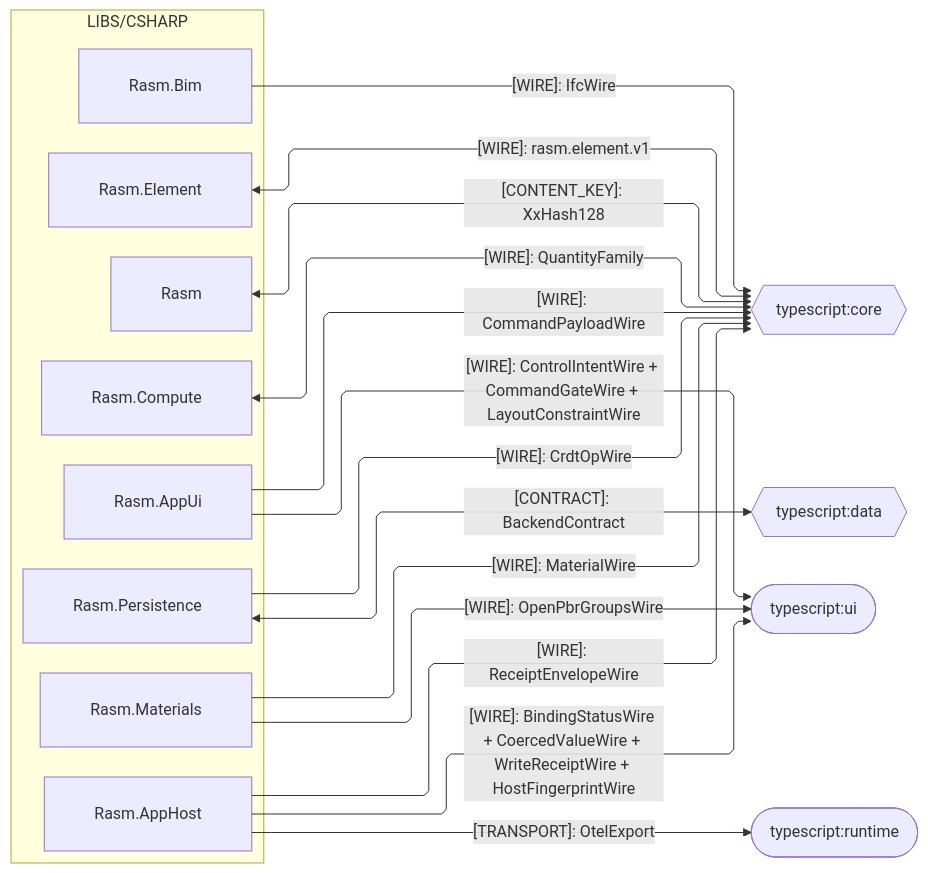
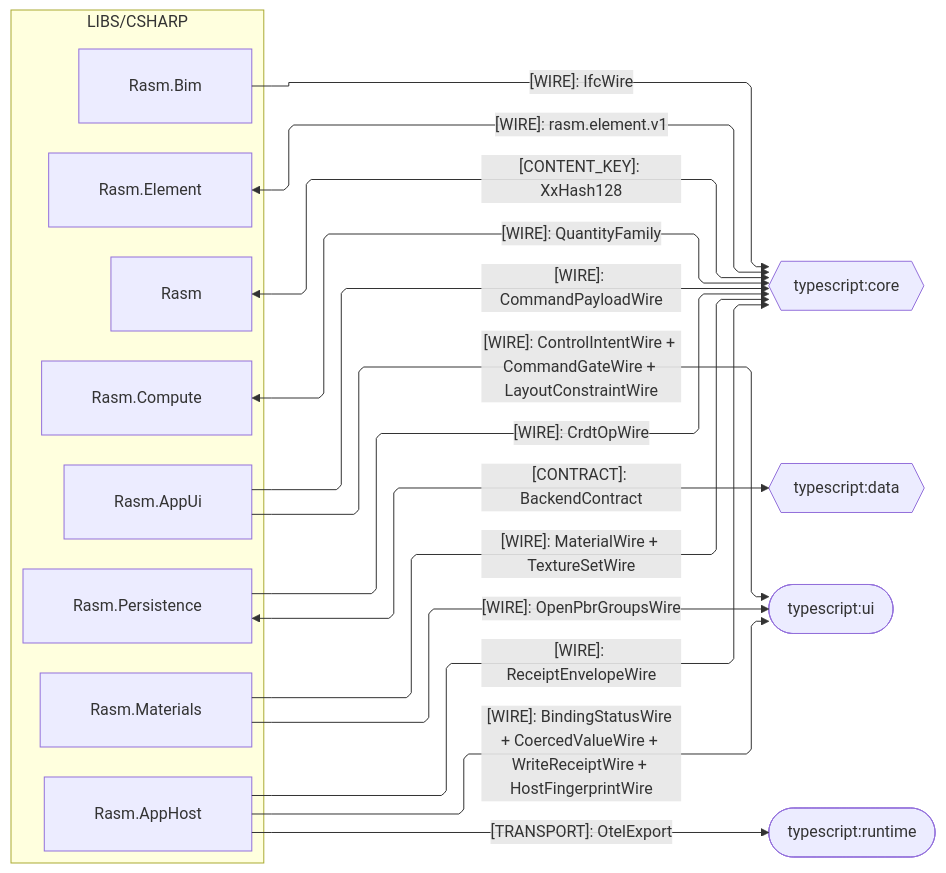
Before and after one commit to bsamiee/Rasm: the third of 5 diagrams in libs/csharp/.planning/ARCHITECTURE.md, drawn with Mermaid. The commit also changed other lines of this file and 108 other files, not shown here.

Commit message:
Land the coldpass doc-set deltas across README, ARCHITECTURE, RULINGS, IDEAS, and TASKLOG files

````diff
--- a/libs/csharp/.planning/ARCHITECTURE.md
+++ b/libs/csharp/.planning/ARCHITECTURE.md
@@ -153,39 +155,39 @@
 ```mermaid
 ---
 config:
   layout: elk
   flowchart:
     curve: linear
     padding: 25
 ---
 flowchart LR
     accTitle: C# branch typescript seam registry
     accDescr: C# packages producing kinded wires the typescript core, data, runtime, and ui domains decode — data-bearing wires, the backend contract, and the telemetry transport edge, labeled per kind — bidirectional peers as hexagons, one-way sinks as stadiums.
     subgraph csharp[LIBS/CSHARP]
         Rasm[Rasm]
         Element[Rasm.Element]
         Compute[Rasm.Compute]
         Persistence[Rasm.Persistence]
         Bim[Rasm.Bim]
         Materials[Rasm.Materials]
         AppUi[Rasm.AppUi]
         AppHost[Rasm.AppHost]
     end
     TsCore{{typescript:core}}
     TsData{{typescript:data}}
     TsUi([typescript:ui])
     TsRuntime([typescript:runtime])
     Rasm <-->|"[CONTENT_KEY]: XxHash128"| TsCore
     Element <-->|"[WIRE]: rasm.element.v1"| TsCore
     Compute <-->|"[WIRE]: QuantityFamily"| TsCore
     Persistence -->|"[WIRE]: CrdtOpWire"| TsCore
     Bim -->|"[WIRE]: IfcWire"| TsCore
-    Materials -->|"[WIRE]: MaterialWire"| TsCore
+    Materials -->|"[WIRE]: MaterialWire + TextureSetWire"| TsCore
     AppUi -->|"[WIRE]: CommandPayloadWire"| TsCore
     AppHost -->|"[WIRE]: ReceiptEnvelopeWire"| TsCore
     Persistence <-->|"[CONTRACT]: BackendContract"| TsData
     Materials -->|"[WIRE]: OpenPbrGroupsWire"| TsUi
     AppUi -->|"[WIRE]: ControlIntentWire + CommandGateWire + LayoutConstraintWire"| TsUi
     AppHost -->|"[WIRE]: BindingStatusWire + CoercedValueWire + WriteReceiptWire + HostFingerprintWire"| TsUi
     AppHost -->|"[TRANSPORT]: OtelExport"| TsRuntime
 ```
````
